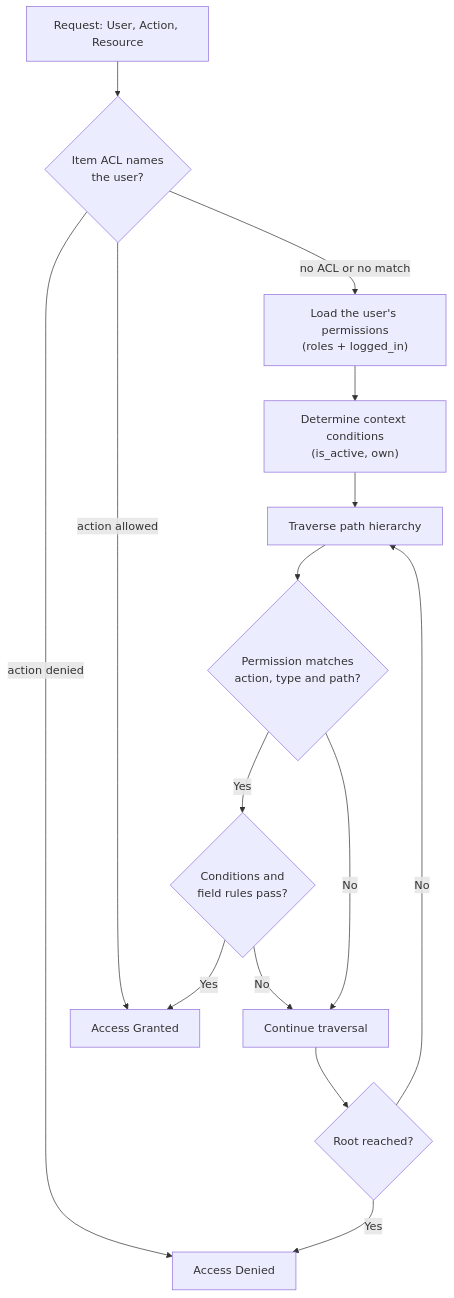
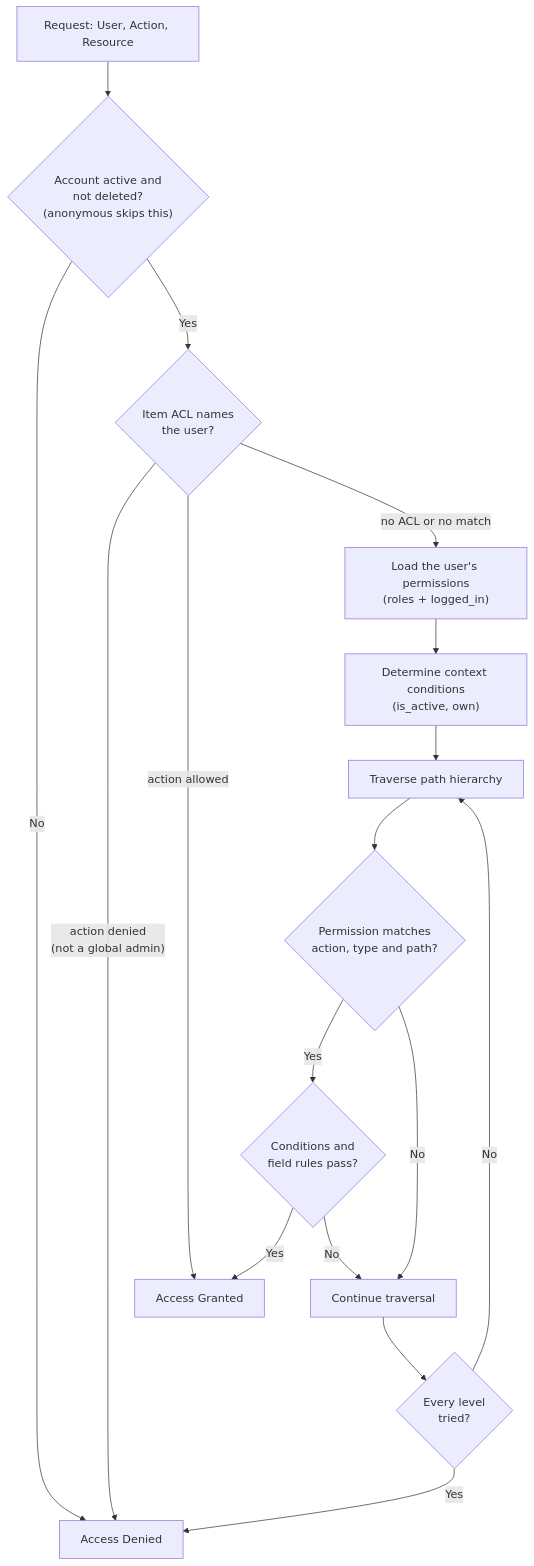
One commit to edraj/website changed the diagram in pack/space/pages/access_control.md. Above: the diagram before and after it, drawn with Mermaid. The commit also changed other lines of this file and 14 other files, not shown here.

````diff
--- a/pack/space/pages/access_control.md
+++ b/pack/space/pages/access_control.md
@@ -23,17 +25,19 @@
 ```mermaid
 graph TD
-    A["Request: User, Action, Resource"] --> D{"Item ACL names<br/>the user?"}
-    D -- "action denied" --> O[Access Denied]
+    A["Request: User, Action, Resource"] --> U{"Account active and<br/>not deleted?<br/>(anonymous skips this)"}
+    U -- No --> O[Access Denied]
+    U -- Yes --> D{"Item ACL names<br/>the user?"}
+    D -- "action denied<br/>(not a global admin)" --> O
     D -- "action allowed" --> F[Access Granted]
     D -- "no ACL or no match" --> H["Load the user's permissions<br/>(roles + logged_in)"]
     H --> I["Determine context conditions<br/>(is_active, own)"]
     I --> J[Traverse path hierarchy]
     J --> K{"Permission matches<br/>action, type and path?"}
     K -- Yes --> L{"Conditions and<br/>field rules pass?"}
     L -- Yes --> F
     L -- No --> M[Continue traversal]
     K -- No --> M
-    M --> N{Root reached?}
+    M --> N{"Every level<br/>tried?"}
     N -- No --> J
     N -- Yes --> O
 ```
````
